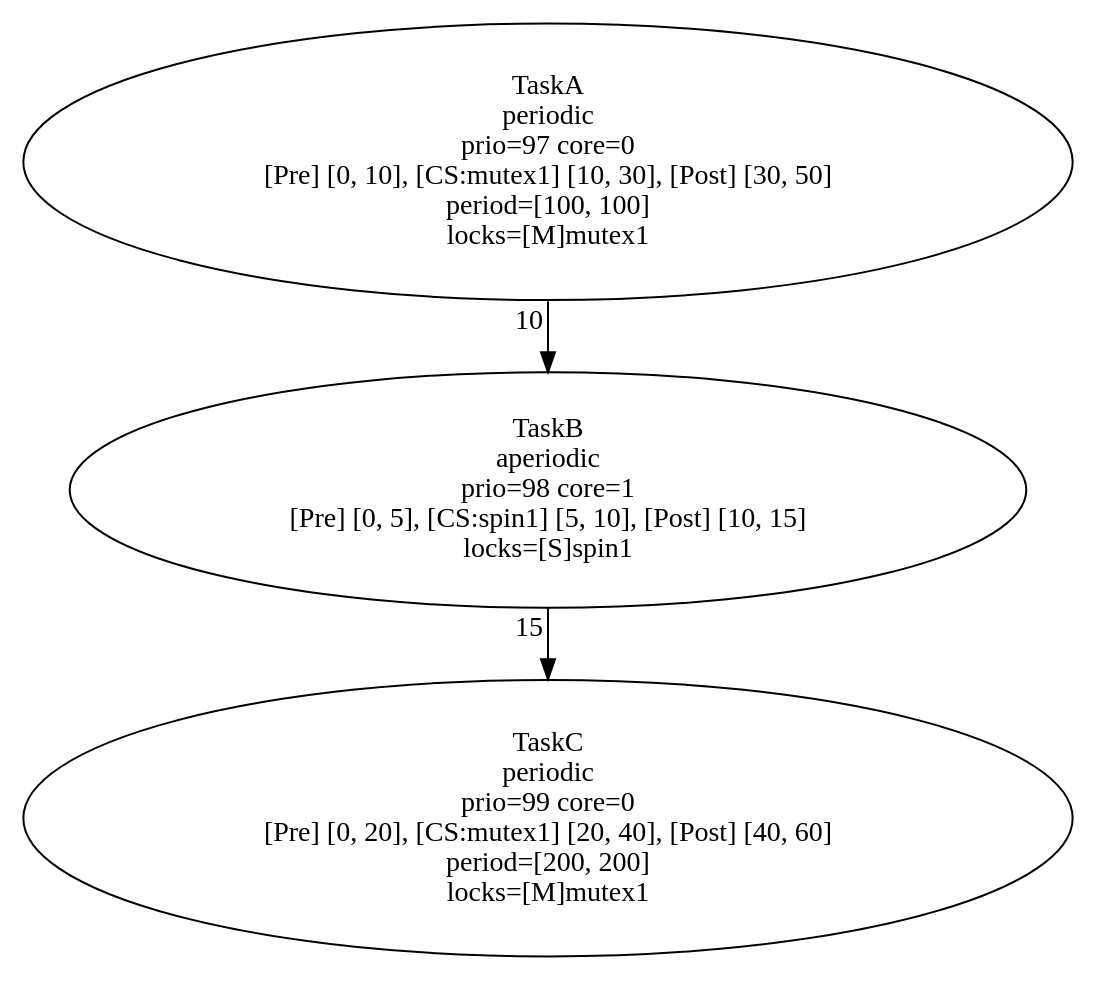
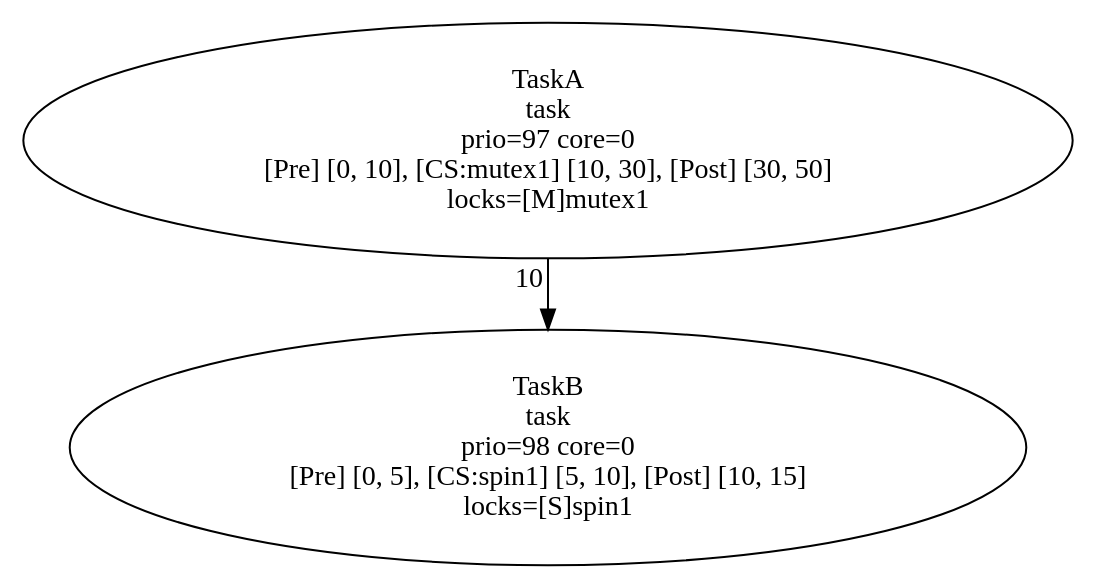
One commit to kevindadi/PPTPN changed the diagram in example/single_lock/tdg.dot. Above: the diagram before and after it, drawn with Graphviz. The commit also changed 22 other files, not shown here.

```diff
--- a/example/single_lock/tdg.dot
+++ b/example/single_lock/tdg.dot
@@ -1,7 +1,5 @@
 digraph G {
-    TaskC [label = "TaskC\nperiodic\nprio=99 core=0\n[Pre] [0, 20], [CS:mutex1] [20, 40], [Post] [40, 60]\nperiod=[200, 200]\nlocks=[M]mutex1";];
-    TaskB [label = "TaskB\naperiodic\nprio=98 core=1\n[Pre] [0, 5], [CS:spin1] [5, 10], [Post] [10, 15]\nlocks=[S]spin1";];
-    TaskA [label = "TaskA\nperiodic\nprio=97 core=0\n[Pre] [0, 10], [CS:mutex1] [10, 30], [Post] [30, 50]\nperiod=[100, 100]\nlocks=[M]mutex1";];
+    TaskB [label = "TaskB\ntask\nprio=98 core=0\n[Pre] [0, 5], [CS:spin1] [5, 10], [Post] [10, 15]\nlocks=[S]spin1";];
+    TaskA [label = "TaskA\ntask\nprio=97 core=0\n[Pre] [0, 10], [CS:mutex1] [10, 30], [Post] [30, 50]\nlocks=[M]mutex1";];
     TaskA -> TaskB [xlabel = "10";];
-    TaskB -> TaskC [xlabel = "15";];
 }
```
